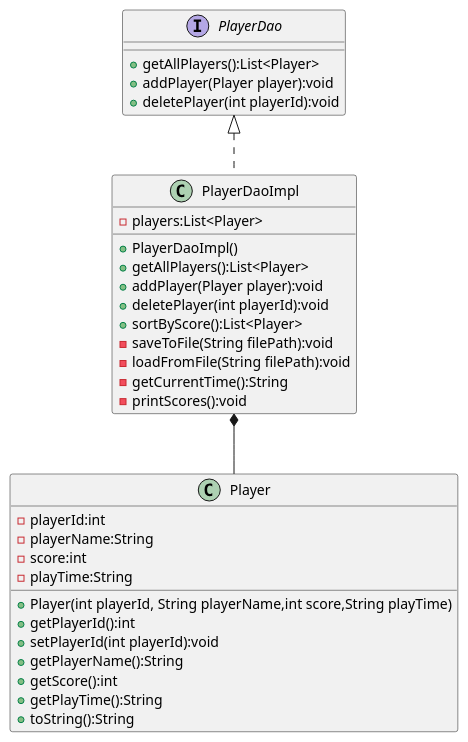
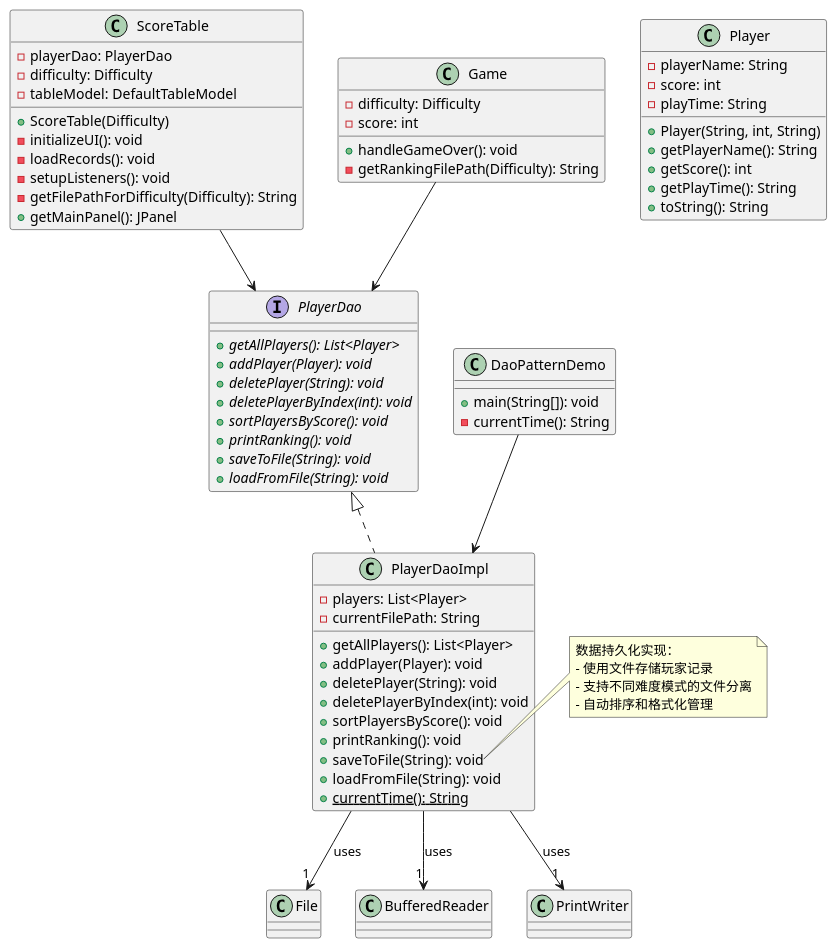
The diagram in uml/DAO.puml (Zttxxy/aircraftwar2025), drawn with PlantUML before and after one commit. The commit also changed 13 other files, not shown here.

```diff
--- a/uml/DAO.puml
+++ b/uml/DAO.puml
@@ -1,40 +1,87 @@
 @startuml
-' DAO 模式示例
 
-class Player{
-    - playerId:int
-    - playerName:String
-    - score:int
-    - playTime:String
+class Player {
+  - playerName: String
+  - score: int
+  - playTime: String
 
-    + Player(int playerId, String playerName,int score,String playTime)
-    + getPlayerId():int
-    + setPlayerId(int playerId):void
-    + getPlayerName():String
-    + getScore():int
-    + getPlayTime():String
-    + toString():String
+  + Player(String, int, String)
+  + getPlayerName(): String
+  + getScore(): int
+  + getPlayTime(): String
+  + toString(): String
 }
 
-interface PlayerDao{
-    + getAllPlayers():List<Player>
-    + addPlayer(Player player):void
-    + deletePlayer(int playerId):void
+interface PlayerDao {
+  + {abstract} getAllPlayers(): List<Player>
+  + {abstract} addPlayer(Player): void
+  + {abstract} deletePlayer(String): void
+  + {abstract} deletePlayerByIndex(int): void
+  + {abstract} sortPlayersByScore(): void
+  + {abstract} printRanking(): void
+  + {abstract} saveToFile(String): void
+  + {abstract} loadFromFile(String): void
 }
 
-class PlayerDaoImpl{
-    - players:List<Player>
-    + PlayerDaoImpl()
-    + getAllPlayers():List<Player>
-    + addPlayer(Player player):void
-    + deletePlayer(int playerId):void
-    + sortByScore():List<Player>
-    - saveToFile(String filePath):void
-    - loadFromFile(String filePath):void
-    - getCurrentTime():String
-    - printScores():void
+class PlayerDaoImpl {
+  - players: List<Player>
+  - currentFilePath: String
+
+  + getAllPlayers(): List<Player>
+  + addPlayer(Player): void
+  + deletePlayer(String): void
+  + deletePlayerByIndex(int): void
+  + sortPlayersByScore(): void
+  + printRanking(): void
+  + saveToFile(String): void
+  + loadFromFile(String): void
+  + {static} currentTime(): String
 }
 
-PlayerDaoImpl .up.|> PlayerDao
-PlayerDaoImpl *-- Player
+PlayerDao <|.. PlayerDaoImpl
+
+class ScoreTable {
+  - playerDao: PlayerDao
+  - difficulty: Difficulty
+  - tableModel: DefaultTableModel
+
+  + ScoreTable(Difficulty)
+  - initializeUI(): void
+  - loadRecords(): void
+  - setupListeners(): void
+  - getFilePathForDifficulty(Difficulty): String
+  + getMainPanel(): JPanel
+}
+
+ScoreTable --> PlayerDao
+
+class Game {
+  - difficulty: Difficulty
+  - score: int
+
+  + handleGameOver(): void
+  - getRankingFilePath(Difficulty): String
+}
+
+Game --> PlayerDao
+
+class DaoPatternDemo {
+  + main(String[]): void
+  - currentTime(): String
+}
+
+DaoPatternDemo --> PlayerDaoImpl
+
+' 文件系统关联
+PlayerDaoImpl --> "1" File : uses
+PlayerDaoImpl --> "1" BufferedReader : uses
+PlayerDaoImpl --> "1" PrintWriter : uses
+
+note right of PlayerDaoImpl::saveToFile
+数据持久化实现：
+- 使用文件存储玩家记录
+- 支持不同难度模式的文件分离
+- 自动排序和格式化管理
+end note
+
 @enduml
```
